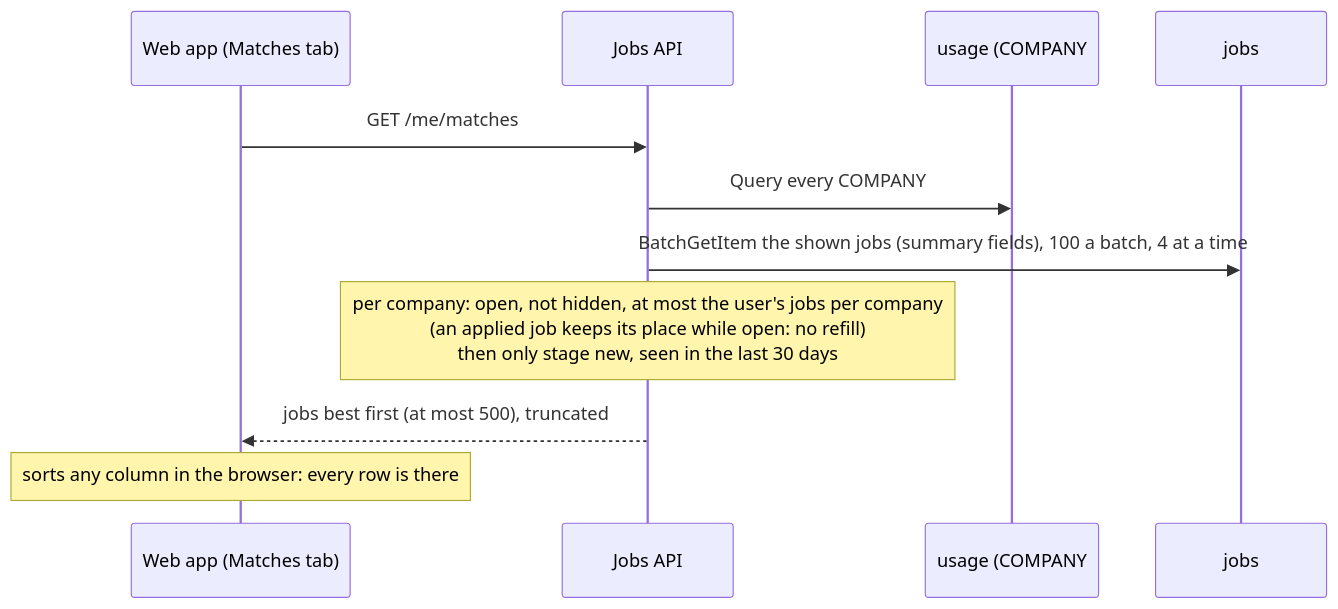
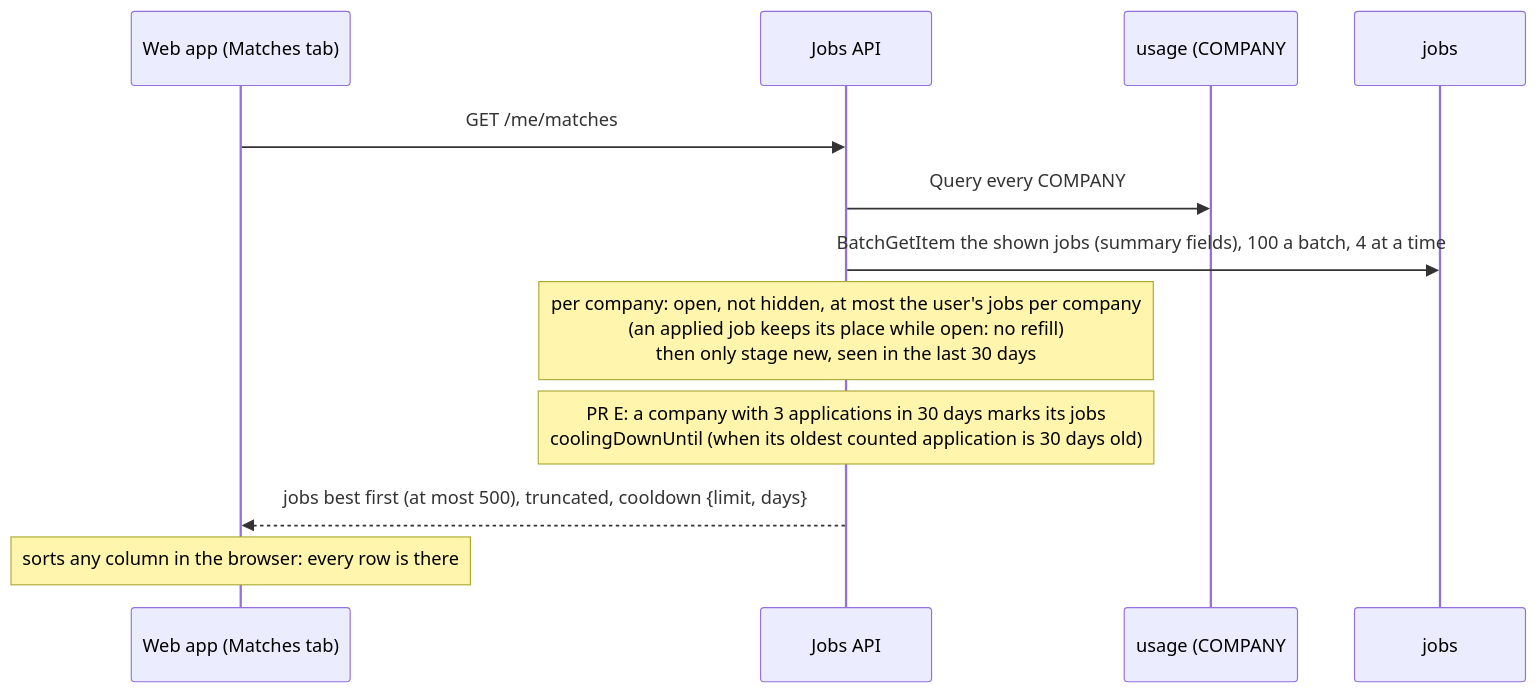
Before and after one commit to jobdeputy/jobdeputy: the first of 3 diagrams in docs/flows/applications.md, drawn with Mermaid. The commit also changed other lines of this file and 17 other files, not shown here.

First line of the commit message:
Apply flow #52, PR E1: the company cooldown, enforced on the server (#82)

````diff
--- a/docs/flows/applications.md
+++ b/docs/flows/applications.md
@@ -10,13 +10,14 @@
 ```mermaid
 sequenceDiagram
   participant Web as Web app (Matches tab)
   participant API as Jobs API
-  participant U as usage (COMPANY#)
+  participant U as usage (COMPANY#, APPLIED#)
   participant J as jobs
   Web->>API: GET /me/matches
-  API->>U: Query every COMPANY# item (shown jobs and their rank)
+  API->>U: Query every COMPANY# item (shown jobs and their rank)<br/>and every APPLIED# item (applications per company), at the same time
   API->>J: BatchGetItem the shown jobs (summary fields), 100 a batch, 4 at a time
   Note over API: per company: open, not hidden, at most the user's jobs per company<br/>(an applied job keeps its place while open: no refill)<br/>then only stage new, seen in the last 30 days
-  API-->>Web: jobs best first (at most 500), truncated
+  Note over API: PR E: a company with 3 applications in 30 days marks its jobs<br/>coolingDownUntil (when its oldest counted application is 30 days old)
+  API-->>Web: jobs best first (at most 500), truncated, cooldown {limit, days}
   Note over Web: sorts any column in the browser: every row is there
 ```
````
